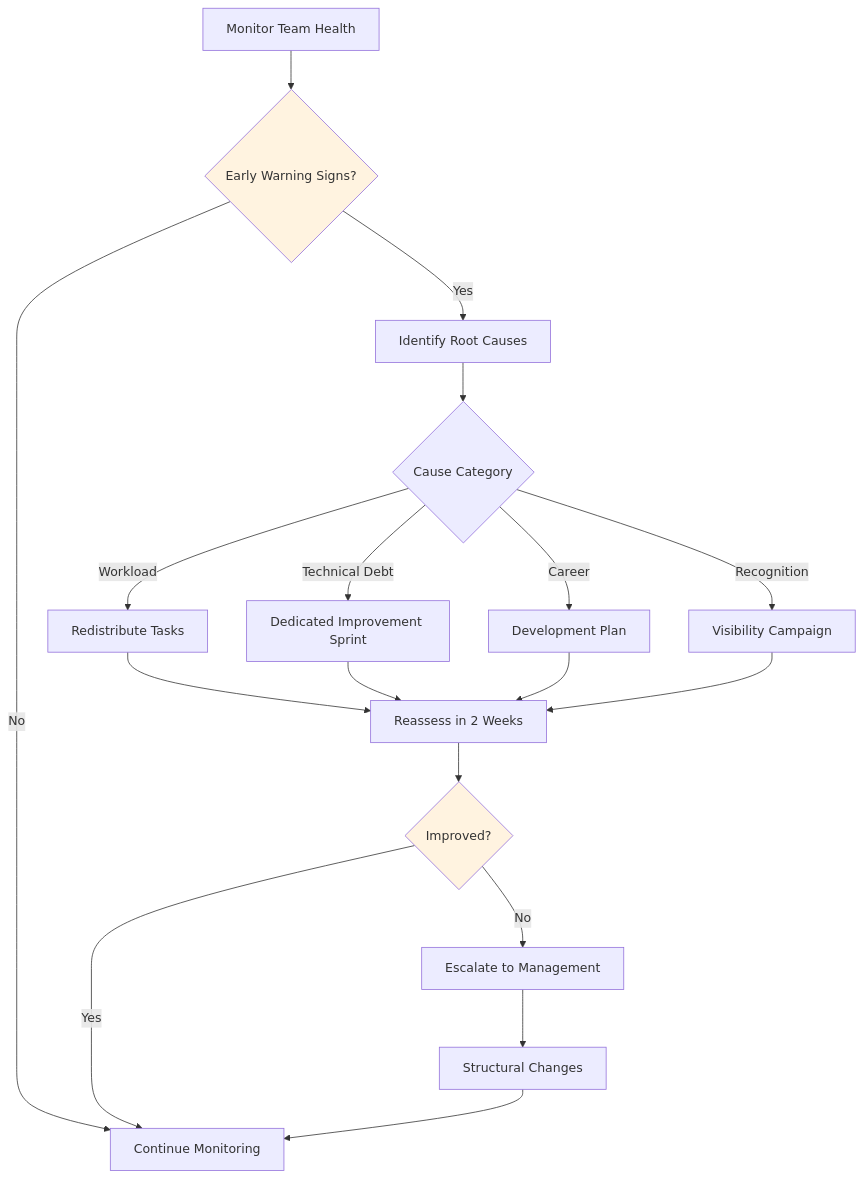
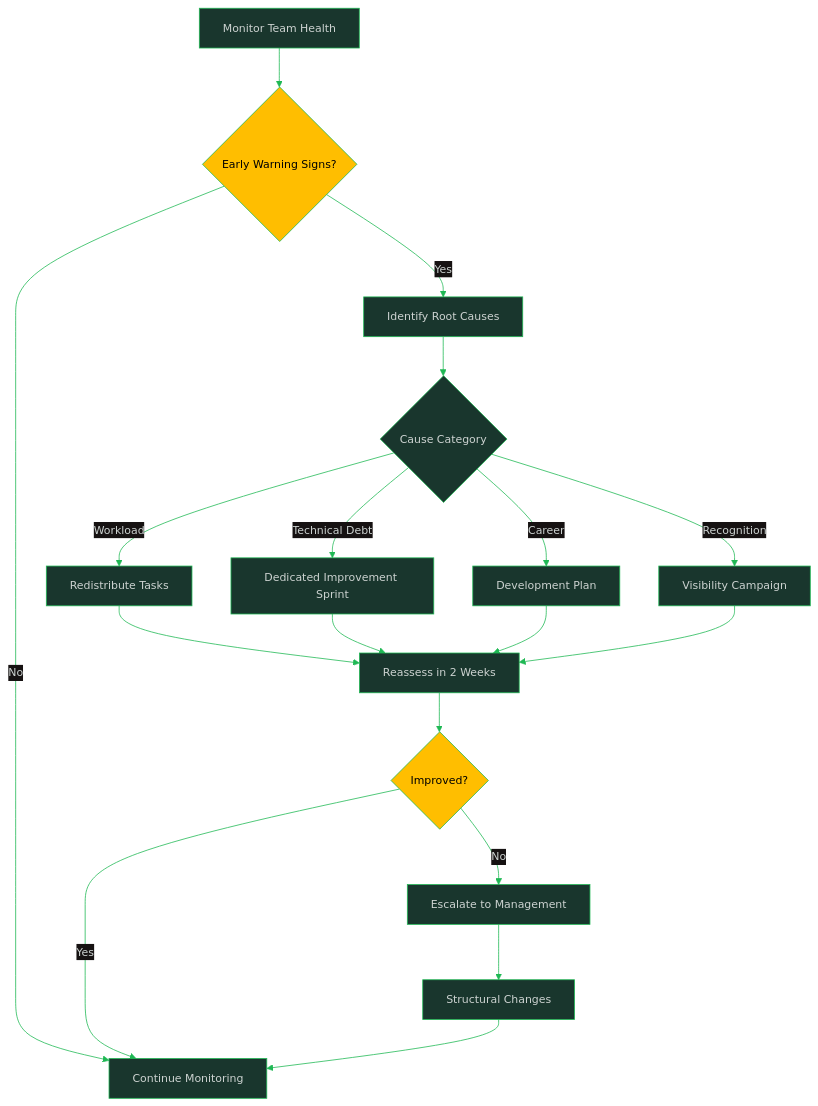
The fourth of 4 diagrams in software-engineering-note/07_Software_Maintenance/10_Staffing_and_Organizational_Models.md (oat431/swe-knowledge), drawn with Mermaid before and after one commit. The commit also changed other lines of this file and 10 other files, not shown here.

````diff
--- a/software-engineering-note/07_Software_Maintenance/10_Staffing_and_Organizational_Models.md
+++ b/software-engineering-note/07_Software_Maintenance/10_Staffing_and_Organizational_Models.md
@@ -390,26 +393,27 @@
 ```mermaid
+%%{init: {'theme':'base','themeVariables':{'primaryColor':'#19362D','primaryTextColor':'#CDD3D1','primaryBorderColor':'#1FB854','lineColor':'#1FB854','secondaryColor':'#161212','tertiaryColor':'#1B1717','background':'#1B1717','mainBkg':'#19362D','nodeBorder':'#1FB854','clusterBkg':'#161212','clusterBorder':'#19362D','titleColor':'#1FB854','edgeLabelBackground':'#161212','fontSize':'14px'}}}%%
 flowchart TD
     A[Monitor Team Health] --> B{Early Warning Signs?}
     B -->|No| C[Continue Monitoring]
     B -->|Yes| D[Identify Root Causes]
     
     D --> E{Cause Category}
     E -->|Workload| F[Redistribute Tasks]
     E -->|Technical Debt| G[Dedicated Improvement Sprint]
     E -->|Career| H[Development Plan]
     E -->|Recognition| I[Visibility Campaign]
     
     F --> J[Reassess in 2 Weeks]
     G --> J
     H --> J
     I --> J
     
     J --> K{Improved?}
     K -->|Yes| C
     K -->|No| L[Escalate to Management]
     L --> M[Structural Changes]
     M --> C
     
-    style B fill:#fff3e0
-    style K fill:#fff3e0
+    style B fill:#FFBE00,color:#000000
+    style K fill:#FFBE00,color:#000000
 ```
````
